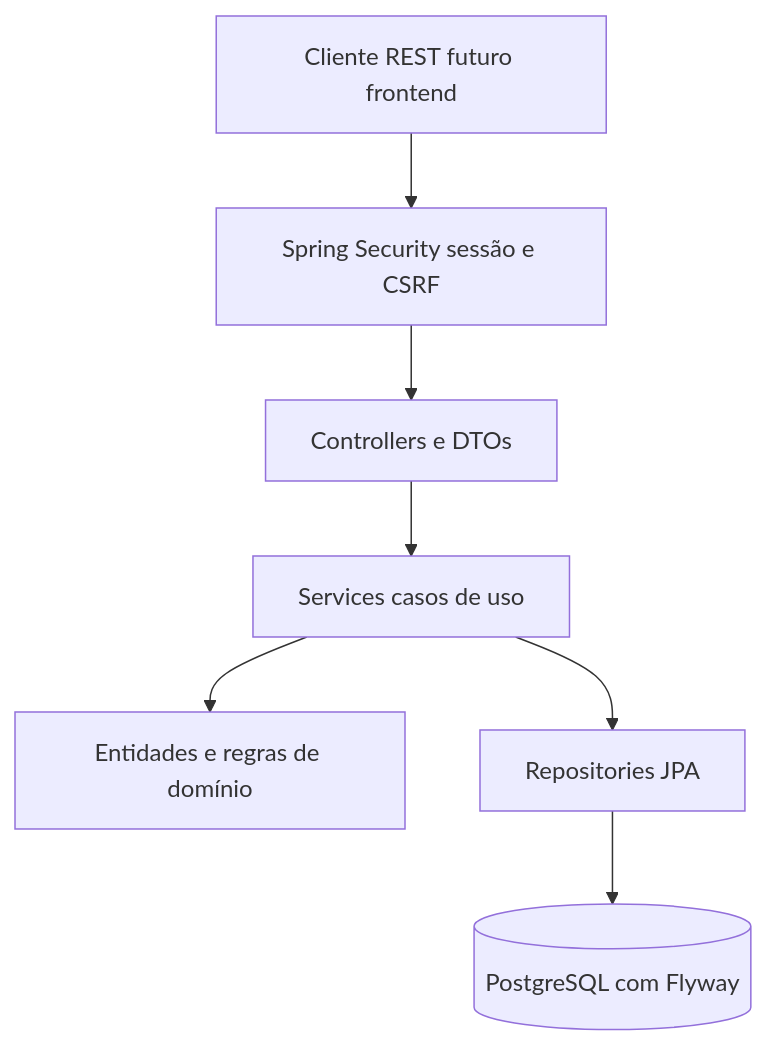
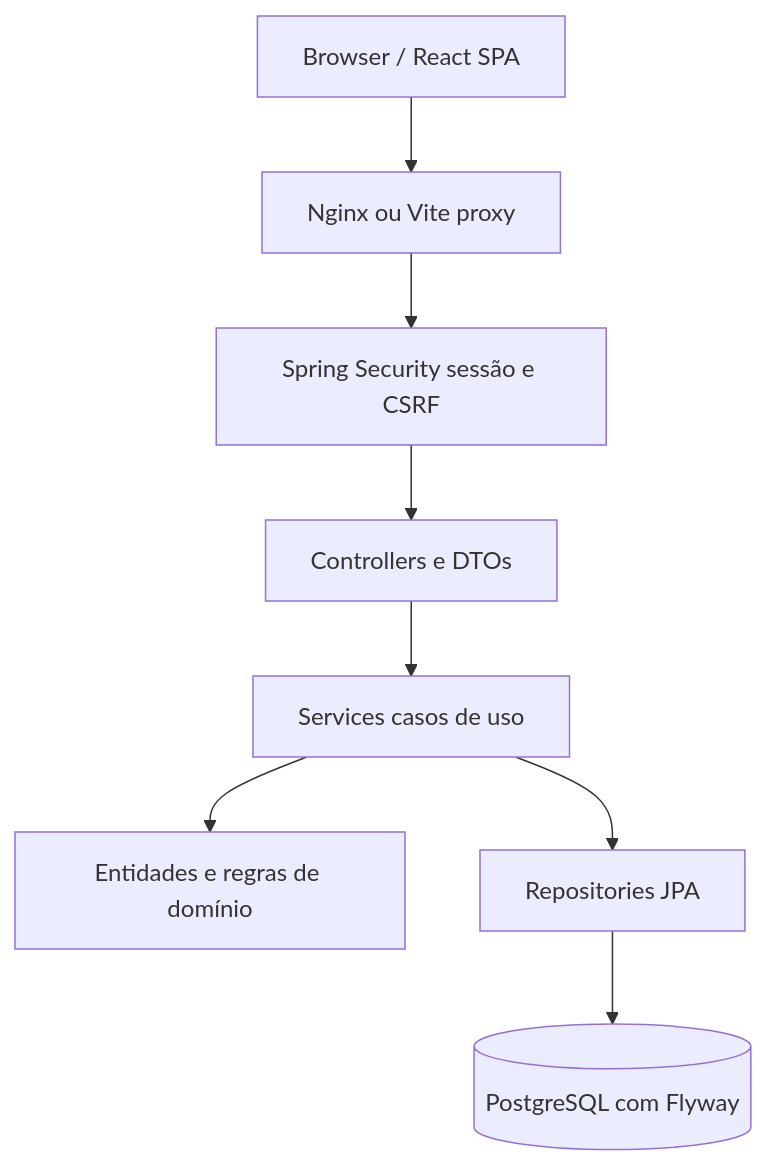
The first of 2 diagrams in docs/architecture/overview.md (GuiNovaisz/ordersphere-java-commerce), drawn with Mermaid before and after one commit. The commit also changed other lines of this file and 23 other files, not shown here.

````diff
--- a/docs/architecture/overview.md
+++ b/docs/architecture/overview.md
@@ -11,9 +11,10 @@
 ```mermaid
 flowchart TD
-    Client[Cliente REST futuro frontend] --> Security[Spring Security sessão e CSRF]
+    Client[Browser / React SPA] --> Proxy[Nginx ou Vite proxy]
+    Proxy --> Security[Spring Security sessão e CSRF]
     Security --> Controllers[Controllers e DTOs]
     Controllers --> Services[Services casos de uso]
     Services --> Domain[Entidades e regras de domínio]
     Services --> Repositories[Repositories JPA]
     Repositories --> PG[(PostgreSQL com Flyway)]
 ```
````
